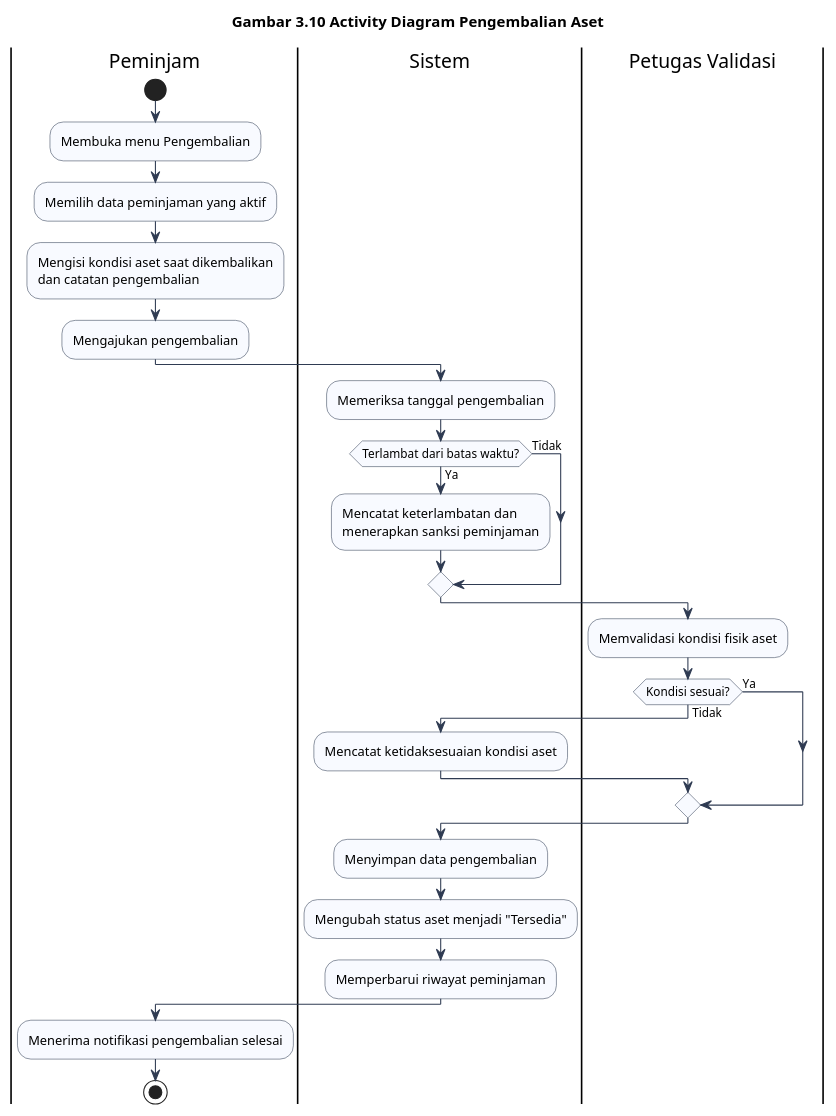
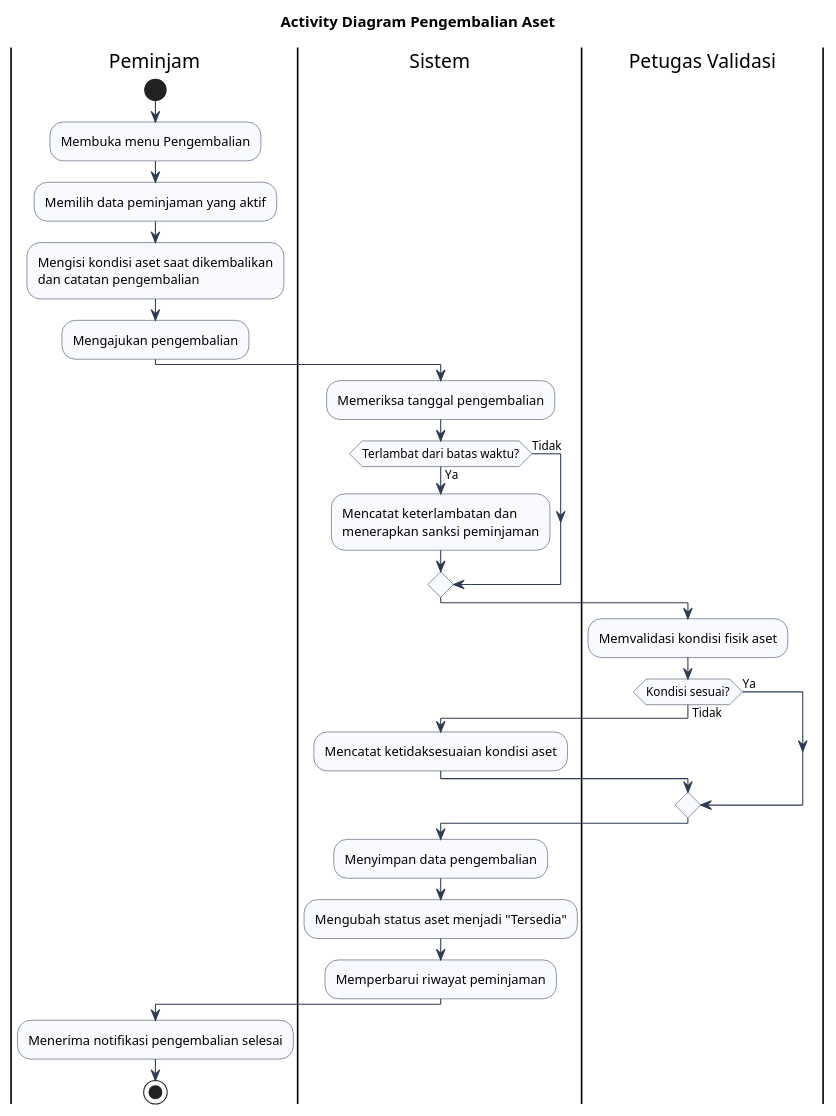
Before and after one commit to Abdlhsnu17/sipena.apps: the diagram in docs/activity/3.10-pengembalian.puml, drawn with PlantUML. The commit also changed 21 other files, not shown here.

Commit message:
docs: ubah judul activity diagram menjadi polos tanpa nomor gambar

```diff
--- a/docs/activity/3.10-pengembalian.puml
+++ b/docs/activity/3.10-pengembalian.puml
@@ -1,44 +1,44 @@
 @startuml
-title Gambar 3.10 Activity Diagram Pengembalian Aset
+title Activity Diagram Pengembalian Aset
 skinparam shadowing false
 skinparam activity {
   BackgroundColor #F8FAFF
   BorderColor #2F3B52
   ArrowColor #2F3B52
   DiamondBackgroundColor #F8FAFF
   DiamondBorderColor #2F3B52
 }
 
 |Peminjam|
 start
 :Membuka menu Pengembalian;
 :Memilih data peminjaman yang aktif;
 :Mengisi kondisi aset saat dikembalikan
 dan catatan pengembalian;
 :Mengajukan pengembalian;
 
 |Sistem|
 :Memeriksa tanggal pengembalian;
 if (Terlambat dari batas waktu?) then (Ya)
   :Mencatat keterlambatan dan
   menerapkan sanksi peminjaman;
 else (Tidak)
 endif
 
 |Petugas Validasi|
 :Memvalidasi kondisi fisik aset;
 if (Kondisi sesuai?) then (Tidak)
   |Sistem|
   :Mencatat ketidaksesuaian kondisi aset;
 else (Ya)
 endif
 
 |Sistem|
 :Menyimpan data pengembalian;
 :Mengubah status aset menjadi "Tersedia";
 :Memperbarui riwayat peminjaman;
 
 |Peminjam|
 :Menerima notifikasi pengembalian selesai;
 stop
 @enduml
```
